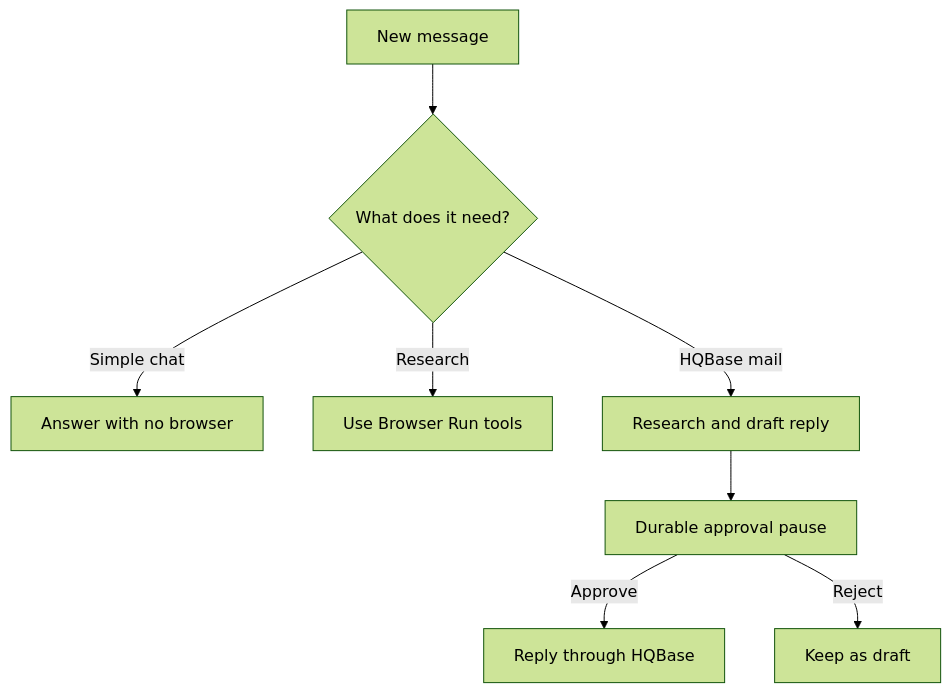
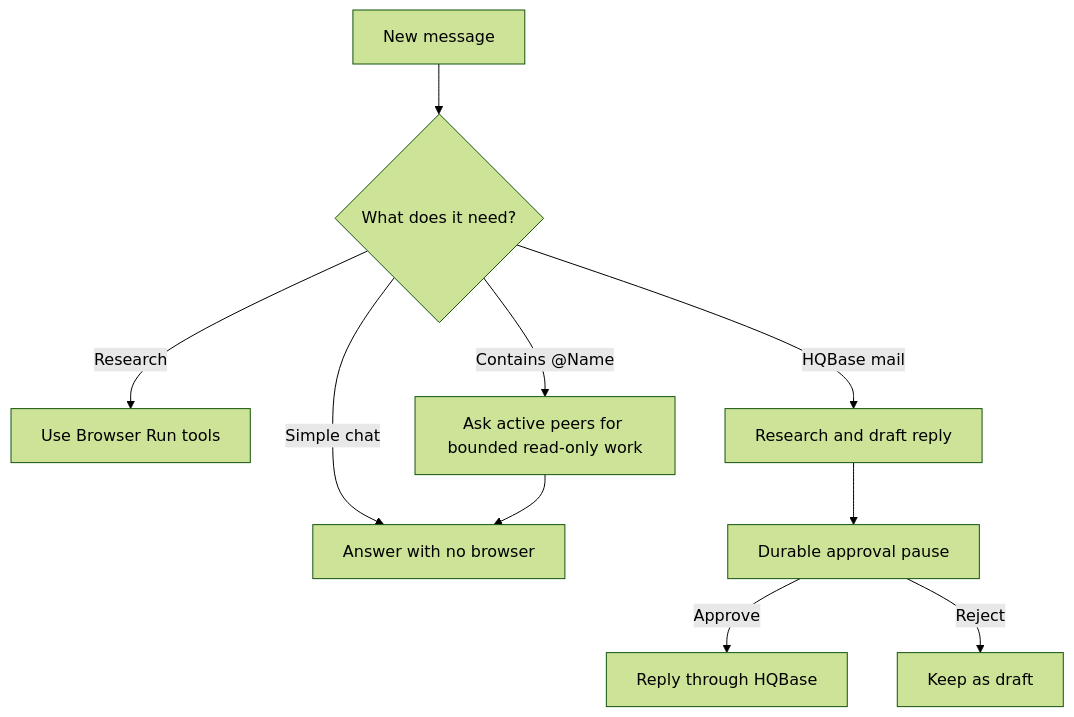
Before and after one commit to HQBase/hqbot: the second of 3 diagrams in docs/architecture.md, drawn with Mermaid (forest theme). The commit also changed other lines of this file and 2 other files, not shown here.

````diff
--- a/docs/architecture.md
+++ b/docs/architecture.md
@@ -23,10 +23,12 @@
 ```mermaid
 flowchart TD
   Message[New message] --> Route{What does it need?}
   Route -->|Simple chat| Direct[Answer with no browser]
   Route -->|Research| Research[Use Browser Run tools]
+  Route -->|Contains @Name| Delegate[Ask active peers for bounded read-only work]
+  Delegate --> Direct
   Route -->|HQBase mail| Mail[Research and draft reply]
   Mail --> Pause[Durable approval pause]
   Pause -->|Approve| Send[Reply through HQBase]
   Pause -->|Reject| Draft[Keep as draft]
 ```
````
